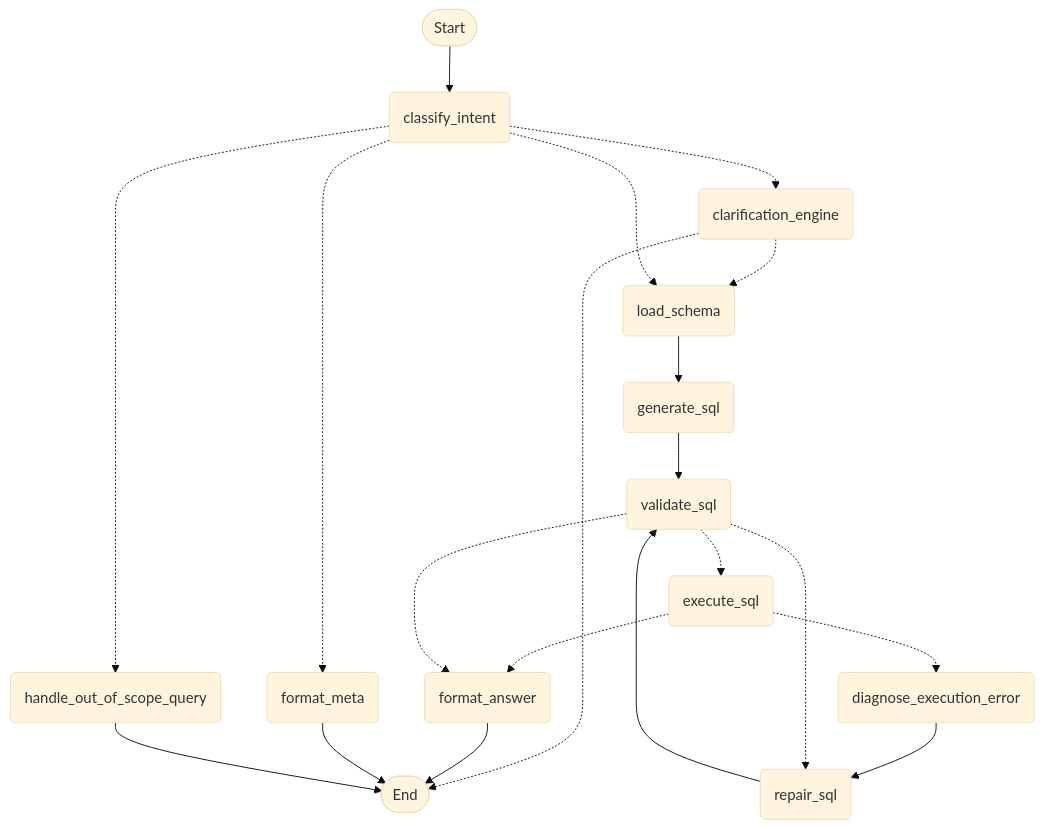
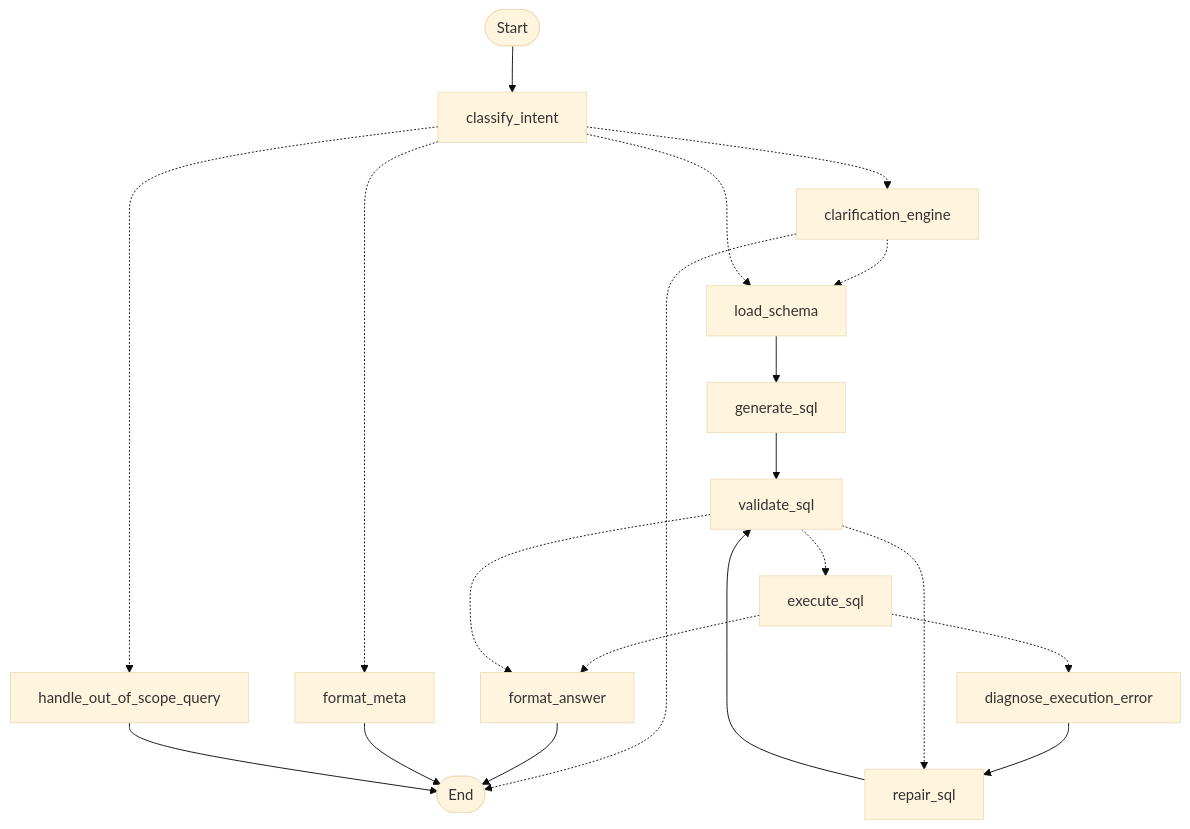
The diagram in README.md (k0msenapati/text-to-sql), drawn with Mermaid (base theme) before and after one commit. The commit also changed 2 other files, not shown here.

Commit message:
refactor(graph): normalize Mermaid diagram for clean GitHub rendering

````diff
--- a/README.md
+++ b/README.md
@@ -5,35 +5,24 @@
 ```mermaid
 graph TD;
-	__start__([Start])
-	classify_intent(classify_intent)
-	clarification_engine(clarification_engine)
-	load_schema(load_schema)
-	generate_sql(generate_sql)
-	validate_sql(validate_sql)
-	repair_sql(repair_sql)
-	execute_sql(execute_sql)
-	diagnose_execution_error(diagnose_execution_error)
-	format_answer(format_answer)
-	format_meta(format_meta)
-	handle_out_of_scope_query(handle_out_of_scope_query)
-	__end__([End])
-	__start__ --> classify_intent;
-	clarification_engine -.-> __end__;
+	Start([Start])
+	End([End])
+	Start --> classify_intent;
+	clarification_engine -.-> End;
 	clarification_engine -.-> load_schema;
 	classify_intent -.-> clarification_engine;
 	classify_intent -.-> format_meta;
 	classify_intent -.-> handle_out_of_scope_query;
 	classify_intent -.-> load_schema;
 	diagnose_execution_error --> repair_sql;
 	execute_sql -.-> diagnose_execution_error;
 	execute_sql -.-> format_answer;
 	generate_sql --> validate_sql;
 	load_schema --> generate_sql;
 	repair_sql --> validate_sql;
 	validate_sql -.-> execute_sql;
 	validate_sql -.-> format_answer;
 	validate_sql -.-> repair_sql;
-	format_answer --> __end__;
-	format_meta --> __end__;
-	handle_out_of_scope_query --> __end__;
+	format_answer --> End;
+	format_meta --> End;
+	handle_out_of_scope_query --> End;
 ```
````
